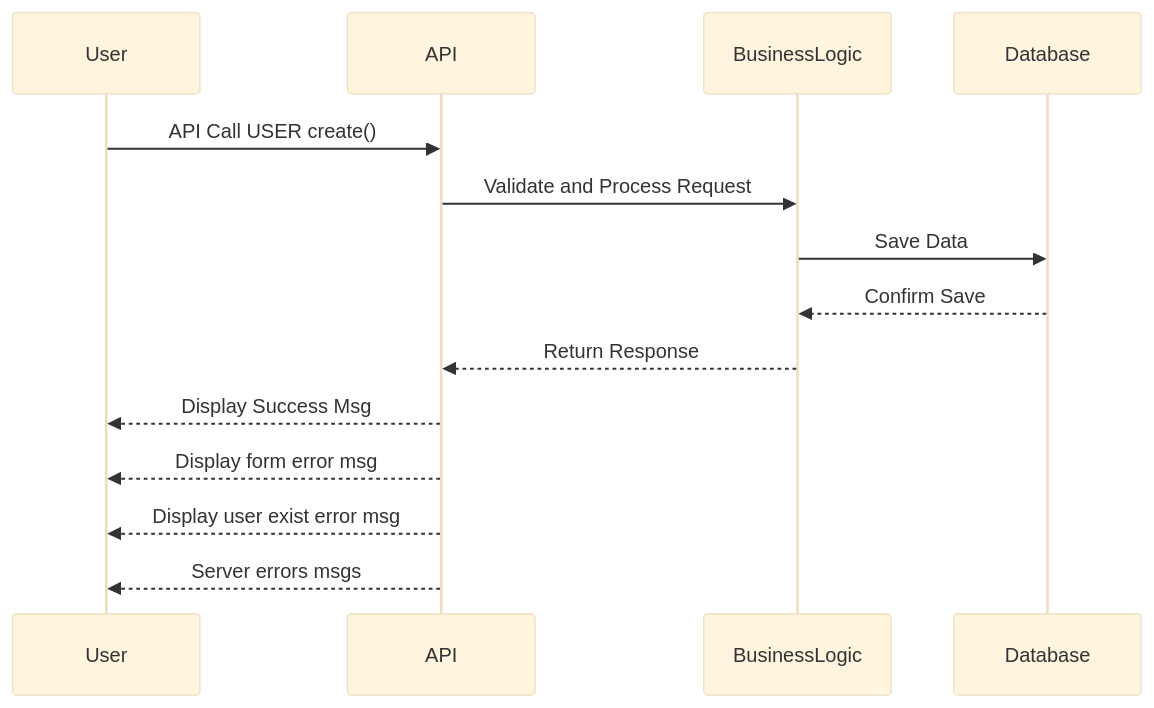
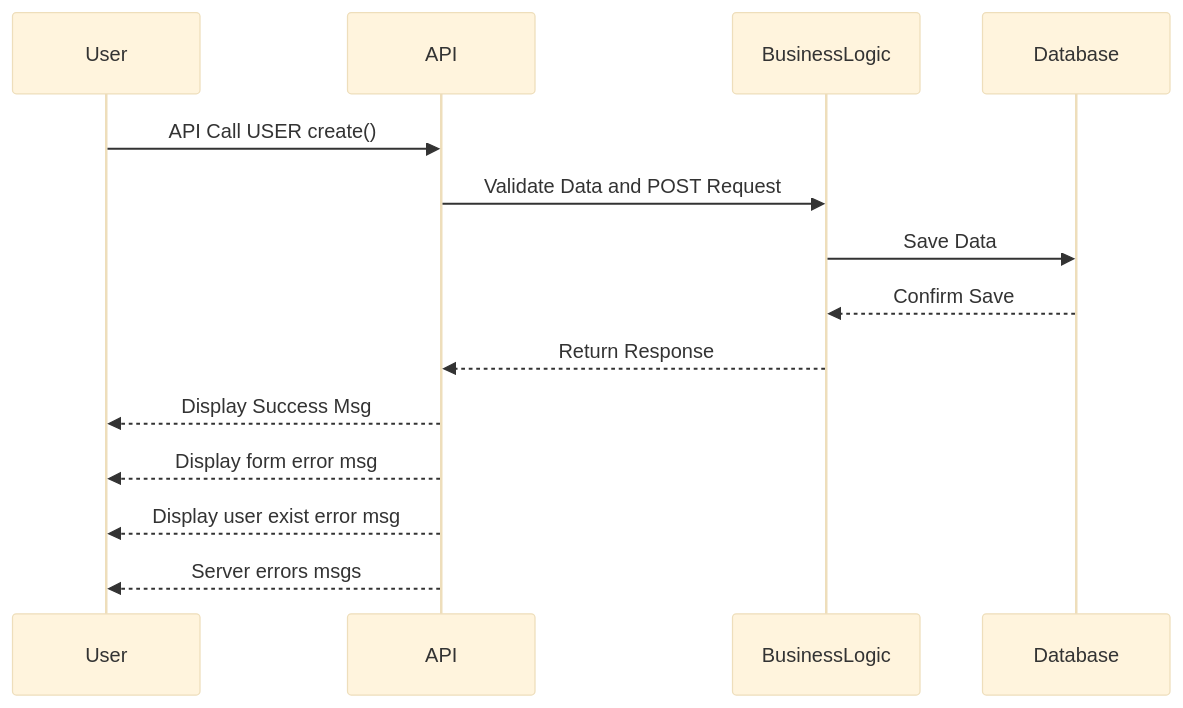
One commit to JulieRaph/holbertonschool-hbnb changed the first of 4 diagrams in part_1/sequence_diagrams.md. Above: the diagram before and after it, drawn with Mermaid (base theme). The commit also changed other lines of this file, not shown here.

````diff
--- a/part_1/sequence_diagrams.md
+++ b/part_1/sequence_diagrams.md
@@ -7,17 +7,17 @@
 ```mermaid
 sequenceDiagram
 participant User
 participant API
 participant BusinessLogic
 participant Database
 
 User->>API: API Call USER create()
-API->>BusinessLogic: Validate and Process Request
+API->>BusinessLogic: Validate Data and POST Request
 BusinessLogic->>Database: Save Data
 Database-->>BusinessLogic: Confirm Save
 BusinessLogic-->>API: Return Response
 API -->> User: Display Success Msg
 API -->> User: Display form error msg
 API -->> User: Display user exist error msg
 API -->> User: Server errors msgs
 ```
````
